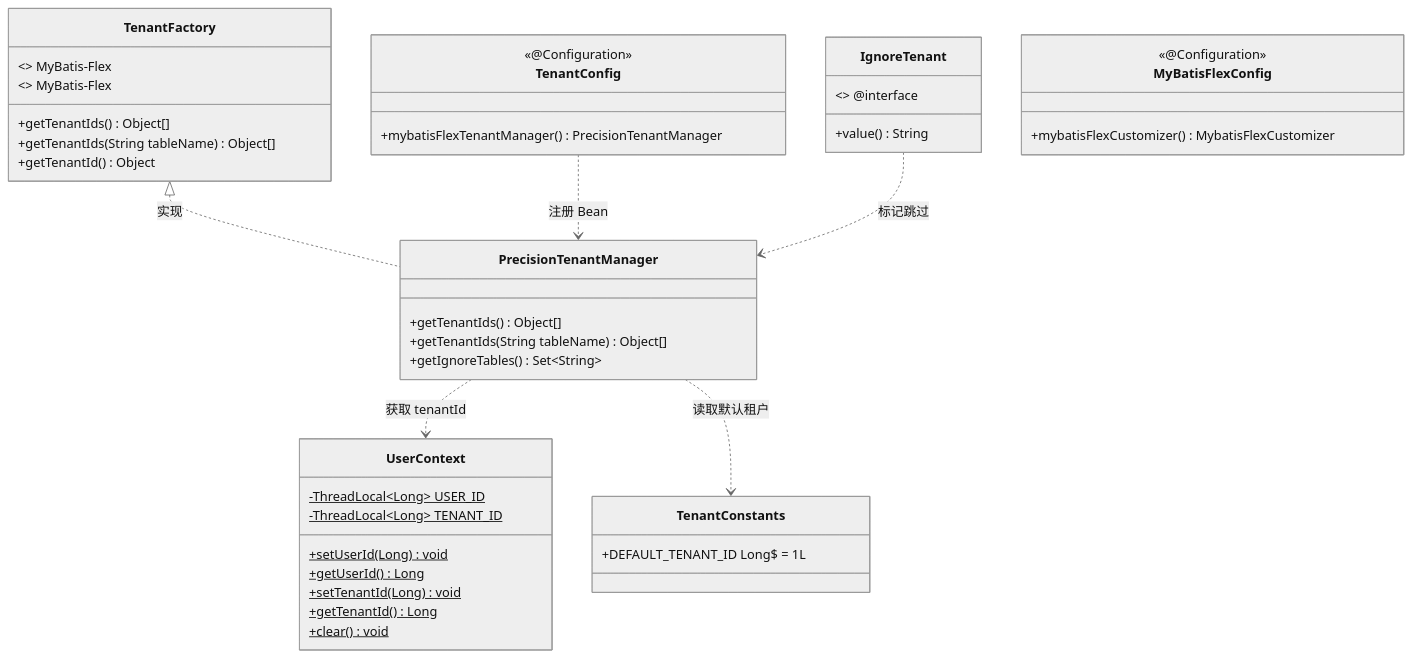
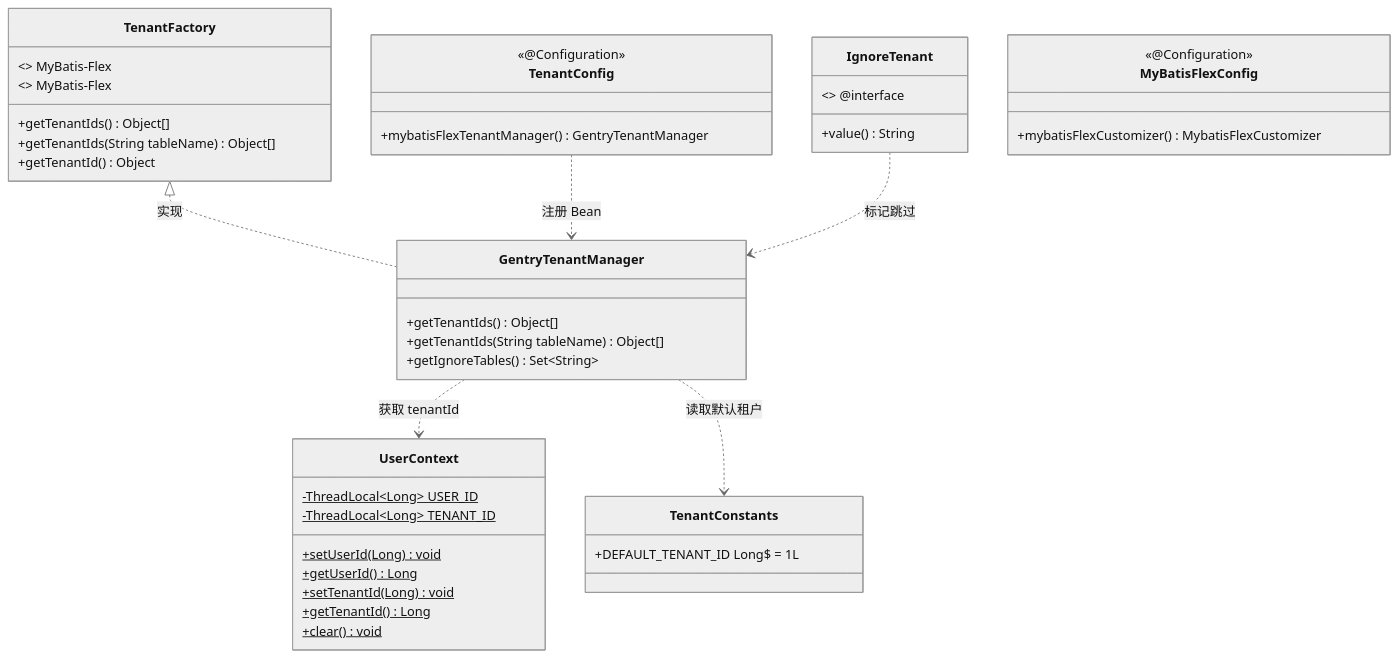
Before and after one commit to andychen93/gentry-rbac-scaffold: the first of 5 diagrams in doc/design/modules/core/P0-多租户拦截器-详细设计.md, drawn with Mermaid (neutral theme). The commit also changed other lines of this file and 613 other files, not shown here.

First line of the commit message:
refactor!: 项目整体更名 precision → gentry

````diff
--- a/doc/design/modules/core/P0-多租户拦截器-详细设计.md
+++ b/doc/design/modules/core/P0-多租户拦截器-详细设计.md
@@ -40,56 +40,56 @@
 ```mermaid
 classDiagram
     direction TB
 
     class TenantFactory {
         <<interface>> MyBatis-Flex
         +getTenantIds() Object[]
         +getTenantIds(String tableName) Object[]
     }
 
-    class PrecisionTenantManager {
+    class GentryTenantManager {
         +getTenantIds() Object[]
         +getTenantIds(String tableName) Object[]
         +getIgnoreTables() Set~String~
     }
 
     class IgnoreTenant {
         <<annotation>> @interface
         +value() String
     }
 
     class TenantFactory {
         <<interface>> MyBatis-Flex
         +getTenantId() Object
     }
 
     class UserContext {
         -ThreadLocal~Long~ USER_ID$
         -ThreadLocal~Long~ TENANT_ID$
         +setUserId(Long) void$
         +getUserId() Long$
         +setTenantId(Long) void$
         +getTenantId() Long$
         +clear() void$
     }
 
     class TenantConfig {
         <<@Configuration>>
-        +mybatisFlexTenantManager() PrecisionTenantManager
+        +mybatisFlexTenantManager() GentryTenantManager
     }
 
     class MyBatisFlexConfig {
         <<@Configuration>>
         +mybatisFlexCustomizer() MybatisFlexCustomizer
     }
 
     class TenantConstants {
         +DEFAULT_TENANT_ID Long$ = 1L
     }
 
-    TenantFactory <|.. PrecisionTenantManager : 实现
-    PrecisionTenantManager ..> UserContext : 获取 tenantId
-    PrecisionTenantManager ..> TenantConstants : 读取默认租户
-    TenantConfig ..> PrecisionTenantManager : 注册 Bean
-    IgnoreTenant ..> PrecisionTenantManager : 标记跳过
+    TenantFactory <|.. GentryTenantManager : 实现
+    GentryTenantManager ..> UserContext : 获取 tenantId
+    GentryTenantManager ..> TenantConstants : 读取默认租户
+    TenantConfig ..> GentryTenantManager : 注册 Bean
+    IgnoreTenant ..> GentryTenantManager : 标记跳过
 ```
````
